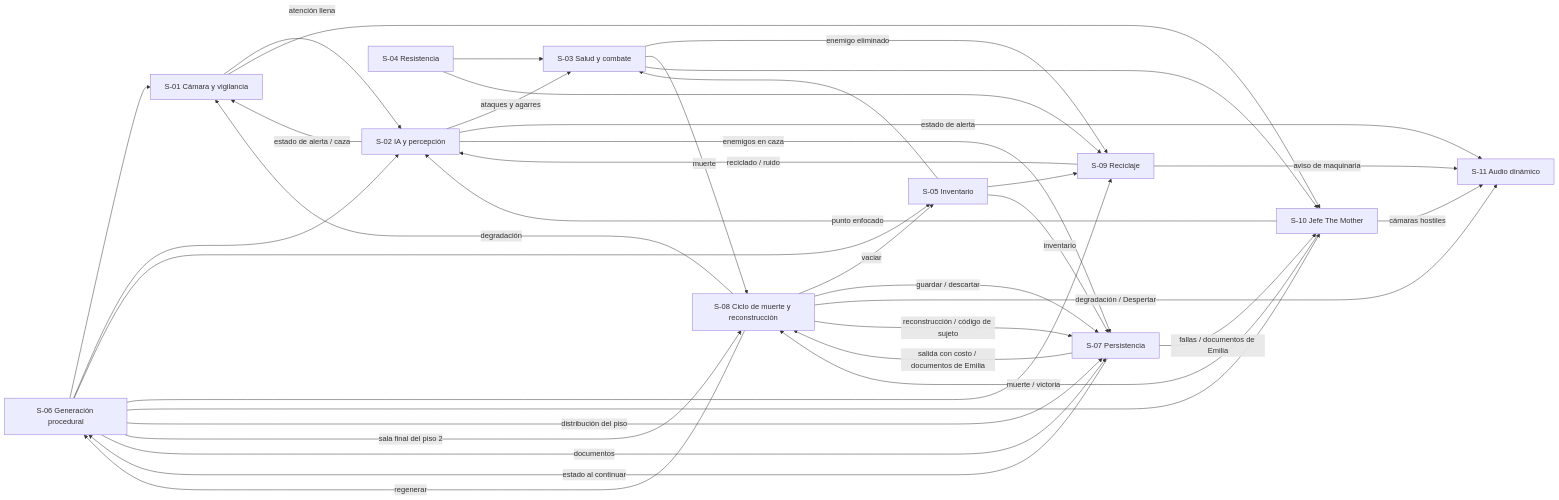
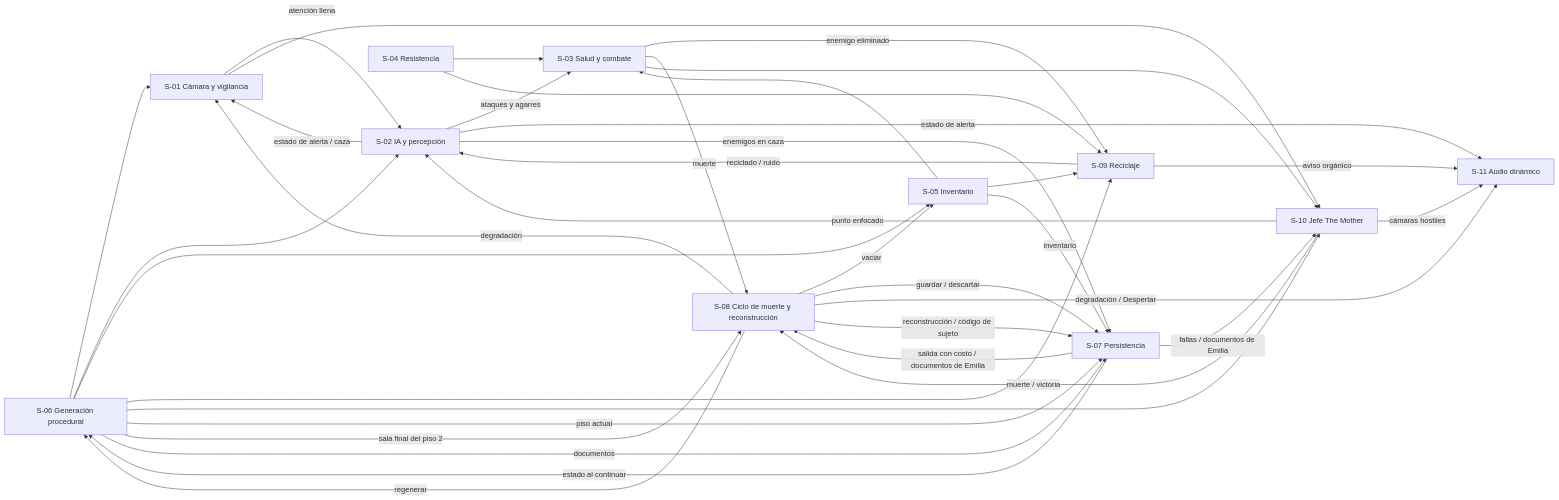
The diagram in GDD/02 - Diseño/03 - Sistemas.md (ChristianC720/survivalHorror-Demo), drawn with Mermaid before and after one commit. The commit also changed other lines of this file and 25 other files, not shown here.

````diff
--- a/GDD/02 - Diseño/03 - Sistemas.md
+++ b/GDD/02 - Diseño/03 - Sistemas.md
@@ -637,39 +637,39 @@
 ```mermaid
 flowchart LR
     GEN[S-06 Generación procedural] --> CAM[S-01 Cámara y vigilancia]
     GEN --> IA[S-02 IA y percepción]
     GEN --> INV[S-05 Inventario]
     GEN --> REC[S-09 Reciclaje]
     GEN --> JEFE[S-10 Jefe The Mother]
-    GEN -- distribución del piso --> PER[S-07 Persistencia]
+    GEN -- piso actual --> PER[S-07 Persistencia]
     GEN -- sala final del piso 2 --> MUE[S-08 Ciclo de muerte y reconstrucción]
     CAM -- atención llena --> IA
     IA -- estado de alerta / caza --> CAM
     IA -- ataques y agarres --> COM[S-03 Salud y combate]
     IA -- estado de alerta --> AUD[S-11 Audio dinámico]
     IA -- enemigos en caza --> PER
     RES[S-04 Resistencia] --> COM
     RES --> REC
     INV --> COM
     INV --> REC
     INV -- inventario --> PER
     COM -- enemigo eliminado --> REC
     REC -- reciclado / ruido --> IA
-    REC -- aviso de maquinaria --> AUD
+    REC -- aviso orgánico --> AUD
     COM -- muerte --> MUE
     MUE -- vaciar --> INV
     MUE -- regenerar --> GEN
     MUE -- guardar / descartar --> PER
     MUE -- degradación / Despertar --> AUD
     MUE -- degradación --> CAM
     MUE -- reconstrucción / código de sujeto --> PER
     GEN -- documentos --> PER
     PER -- estado al continuar --> GEN
     PER -- salida con costo / documentos de Emilia --> MUE
     PER -- fallas / documentos de Emilia --> JEFE
     JEFE -- punto enfocado --> IA
     JEFE -- cámaras hostiles --> AUD
     JEFE -- muerte / victoria --> MUE
     CAM --> JEFE
     COM --> JEFE
 ```
````
